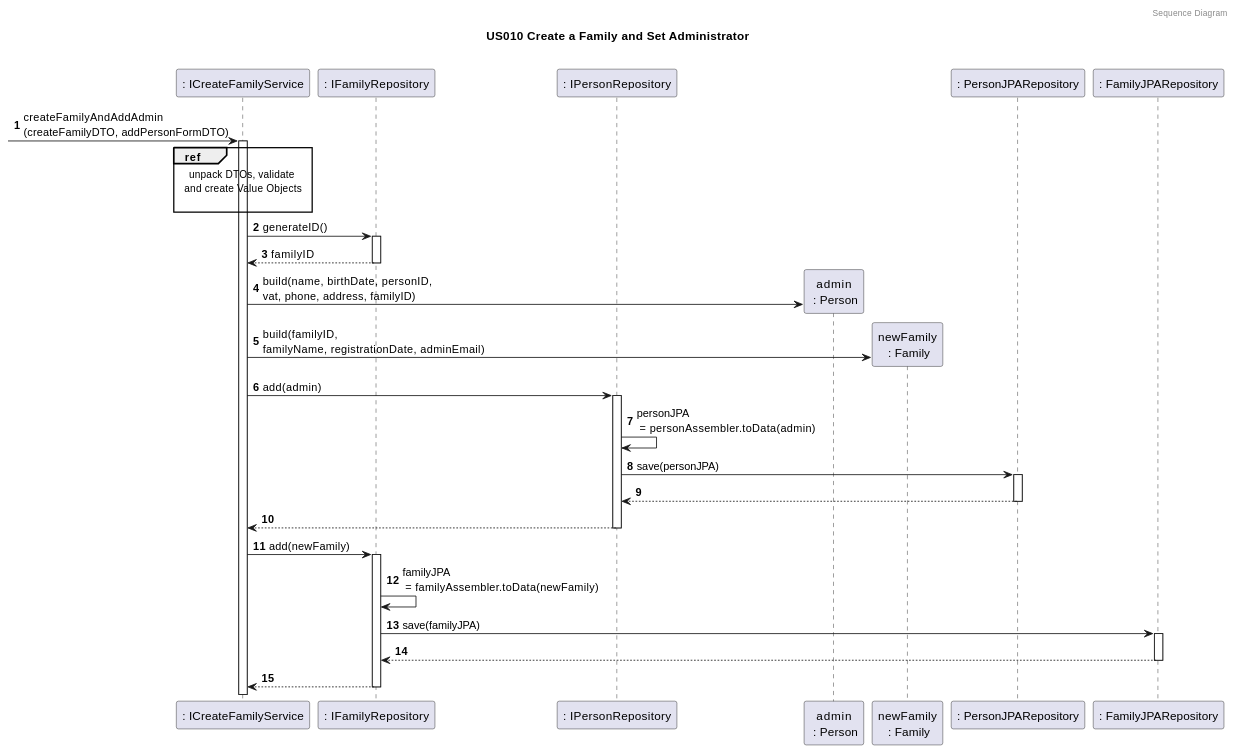
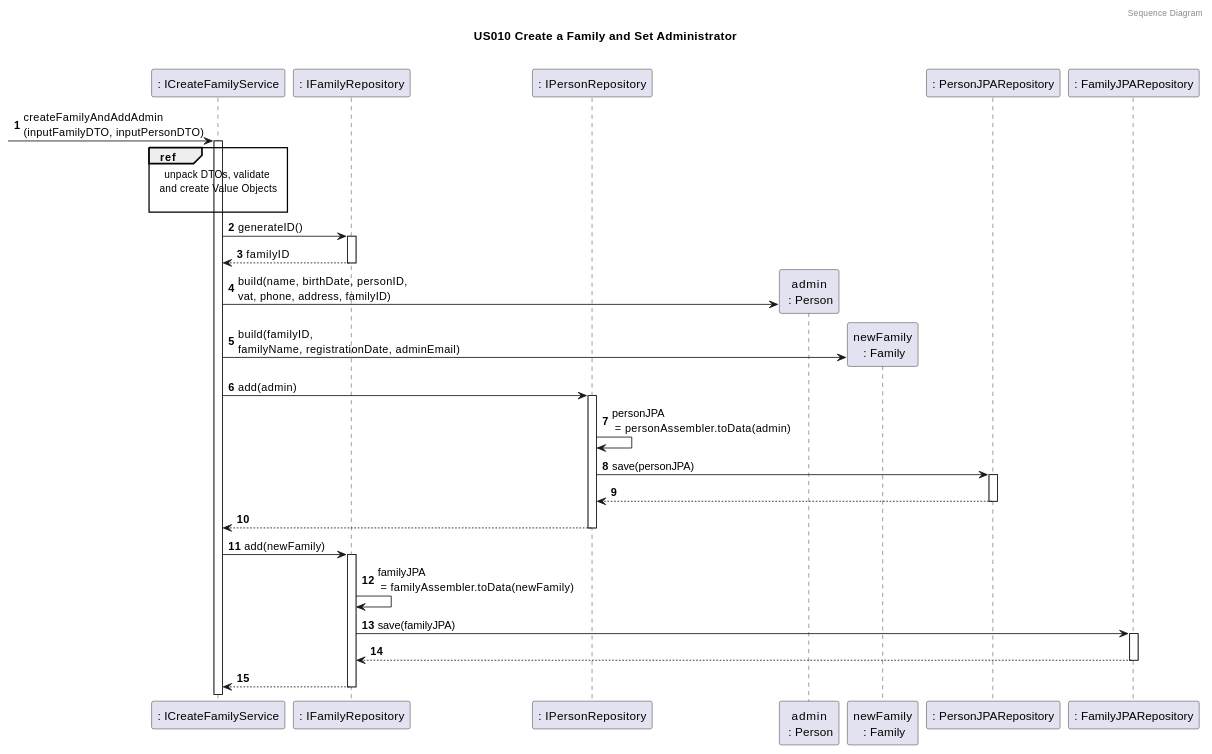
One commit to tomas-osswald/switch_2020_g3 changed the third of 5 diagrams in docs/sprint4/user_stories/US010_CreateAFamilyAndSetAdministrator.md. Above: the diagram before and after it, drawn with PlantUML. The commit also changed other lines of this file and 23 other files, not shown here.

`````diff
--- a/docs/sprint4/user_stories/US010_CreateAFamilyAndSetAdministrator.md
+++ b/docs/sprint4/user_stories/US010_CreateAFamilyAndSetAdministrator.md
@@ -119,54 +119,54 @@
 ````puml
 @startuml
 
 autonumber
 header Sequence Diagram
 title US010 Create a Family and Set Administrator
 
 
 participant ": ICreateFamilyService" as FamAdminService
 participant ": IFamilyRepository" as familyRepository
 participant ": IPersonRepository" as personRepository
 participant "admin\n : Person" as admin
 participant "newFamily\n : Family" as newFamily
 participant ": PersonJPARepository" as personJAPRepository
 participant ": FamilyJPARepository" as familyJPARepository
 
 note left: especificar nome da instância no participant?
 
- -> FamAdminService : createFamilyAndAddAdmin\n(createFamilyDTO, addPersonFormDTO)
+ -> FamAdminService : createFamilyAndAddAdmin\n(inputFamilyDTO, inputPersonDTO)
 activate FamAdminService
 
 ref over FamAdminService
 unpack DTOs, validate 
 and create Value Objects
 
 end ref
 
 FamAdminService -> familyRepository : generateID()
 activate familyRepository
 return familyID
 FamAdminService -> admin** : build(name, birthDate, personID, \nvat, phone, address, familyID)
 
 FamAdminService -> newFamily**: build(familyID, \nfamilyName, registrationDate, adminEmail)
 
 FamAdminService -> personRepository: add(admin)
 activate personRepository
 personRepository -> personRepository: personJPA\n = personAssembler.toData(admin)
 personRepository -> personJAPRepository: save(personJPA)
 activate personJAPRepository
 return
 return
 
 FamAdminService -> familyRepository: add(newFamily)
 activate familyRepository
 familyRepository -> familyRepository : familyJPA\n = familyAssembler.toData(newFamily)
 familyRepository -> familyJPARepository : save(familyJPA)
 activate familyJPARepository
 return
 
 return
  
 
 @enduml
 ````
`````
